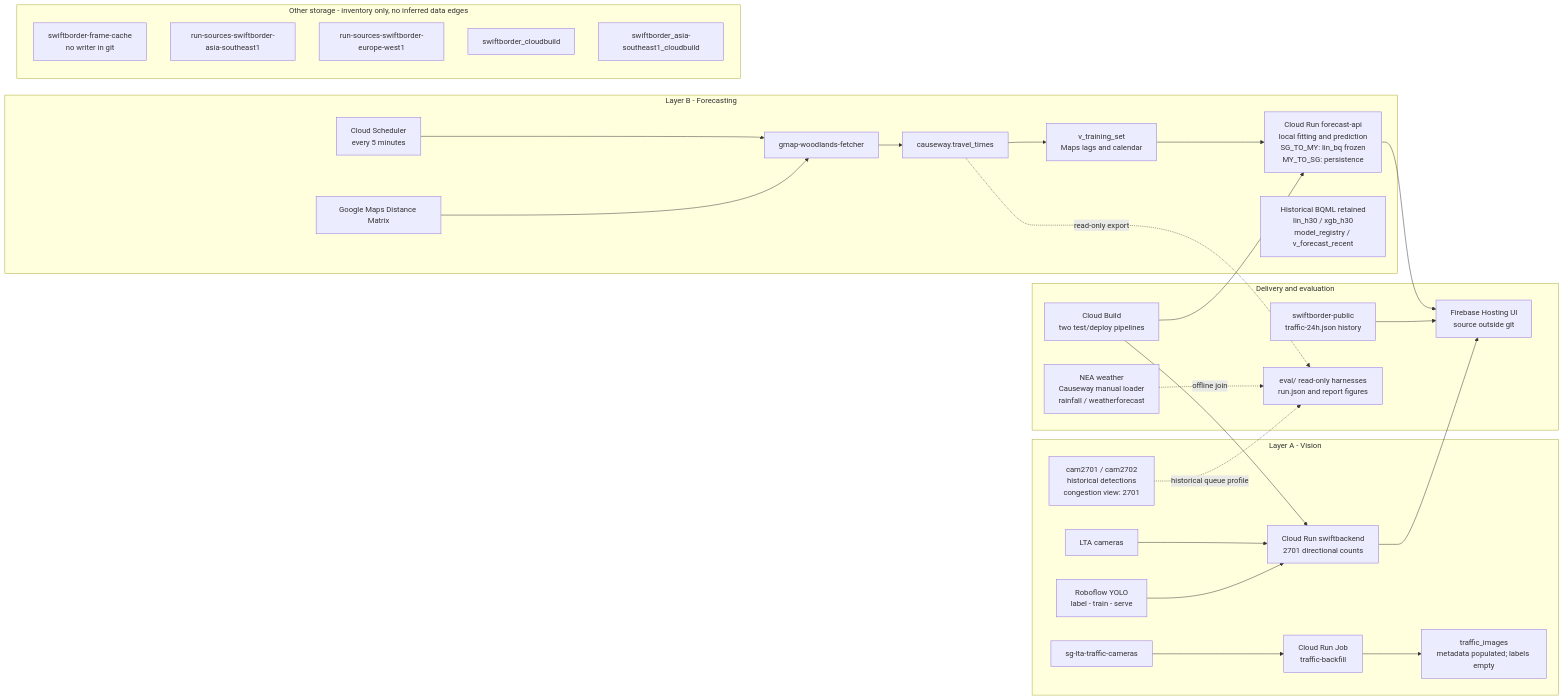
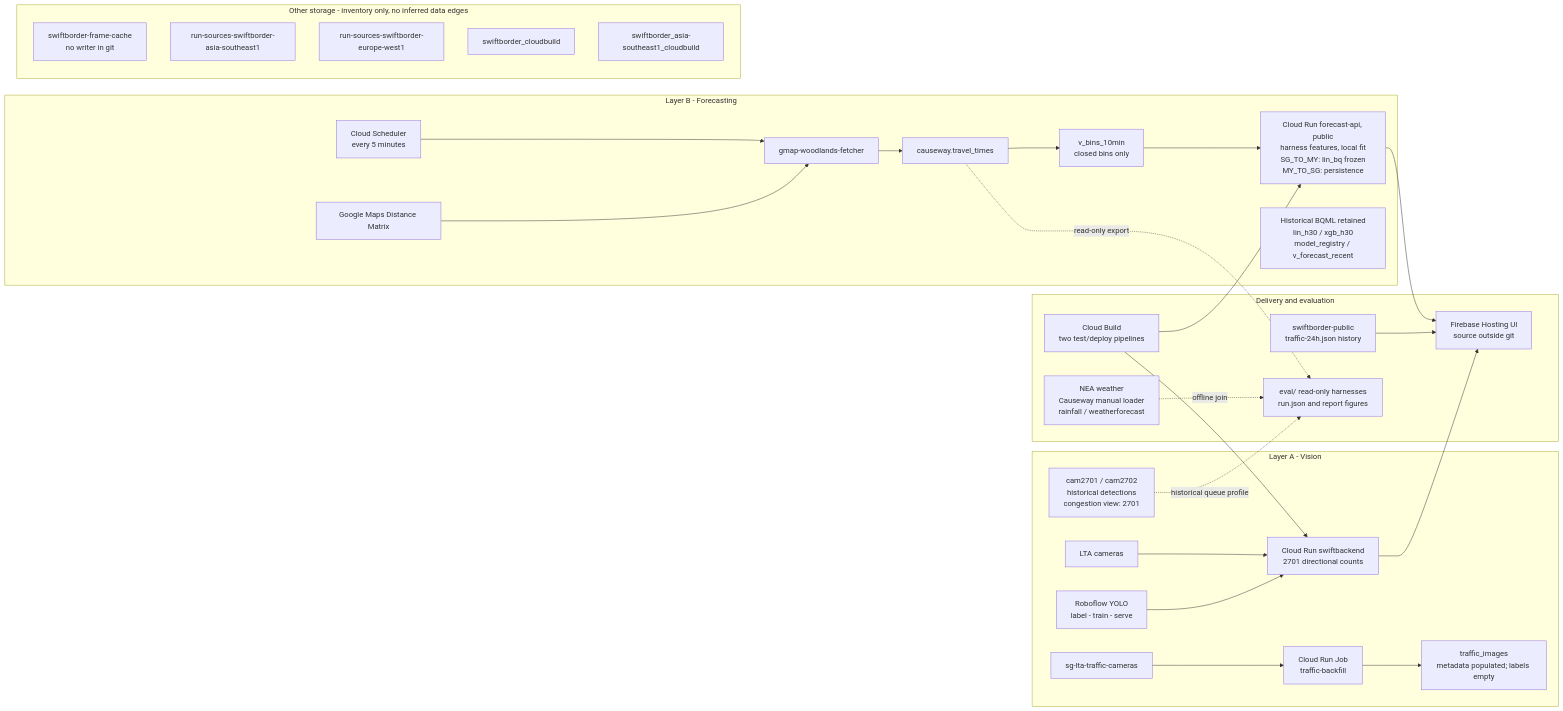
Before and after one commit to sozuken-max/swiftborder: the diagram in docs/diagrams/architecture-detailed.mmd, drawn with Mermaid. The commit also changed 22 other files, not shown here.

First line of the commit message:
Address final-report readiness: serving availability, gap-safe features, pooled inference, public access

```diff
--- a/docs/diagrams/architecture-detailed.mmd
+++ b/docs/diagrams/architecture-detailed.mmd
@@ -1,35 +1,35 @@
 flowchart LR
   subgraph LA["Layer A - Vision"]
     LTA["LTA cameras"] --> SB["Cloud Run swiftbackend<br/>2701 directional counts"]
     RF["Roboflow YOLO<br/>label - train - serve"] --> SB
     CAM["sg-lta-traffic-cameras"] --> JOB["Cloud Run Job<br/>traffic-backfill"]
     JOB --> META["traffic_images<br/>metadata populated; labels empty"]
     HIST["cam2701 / cam2702<br/>historical detections<br/>congestion view: 2701"]
   end
   subgraph LB["Layer B - Forecasting"]
     SCH["Cloud Scheduler<br/>every 5 minutes"] --> ING["gmap-woodlands-fetcher"]
     MAPS["Google Maps Distance Matrix"] --> ING
     ING --> TT["causeway.travel_times"]
-    TT --> FEATURES["v_training_set<br/>Maps lags and calendar"]
-    FEATURES --> API["Cloud Run forecast-api<br/>local fitting and prediction<br/>SG_TO_MY: lin_bq frozen<br/>MY_TO_SG: persistence"]
+    TT --> FEATURES["v_bins_10min<br/>closed bins only"]
+    FEATURES --> API["Cloud Run forecast-api, public<br/>harness features, local fit<br/>SG_TO_MY: lin_bq frozen<br/>MY_TO_SG: persistence"]
     LEGACY["Historical BQML retained<br/>lin_h30 / xgb_h30<br/>model_registry / v_forecast_recent"]
   end
   subgraph DELIVERY["Delivery and evaluation"]
     BUILD["Cloud Build<br/>two test/deploy pipelines"] --> SB
     BUILD --> API
     UI["Firebase Hosting UI<br/>source outside git"]
     SB --> UI
     API --> UI
     PUB["swiftborder-public<br/>traffic-24h.json history"] --> UI
     EVAL["eval/ read-only harnesses<br/>run.json and report figures"]
     WX["NEA weather<br/>Causeway manual loader<br/>rainfall / weatherforecast"] -.->|"offline join"| EVAL
     HIST -.->|"historical queue profile"| EVAL
     TT -.->|"read-only export"| EVAL
   end
   subgraph STORAGE["Other storage - inventory only, no inferred data edges"]
     CACHE["swiftborder-frame-cache<br/>no writer in git"]
     RS1["run-sources-swiftborder-asia-southeast1"]
     RS2["run-sources-swiftborder-europe-west1"]
     CB["swiftborder_cloudbuild"]
     CBA["swiftborder_asia-southeast1_cloudbuild"]
   end
```
